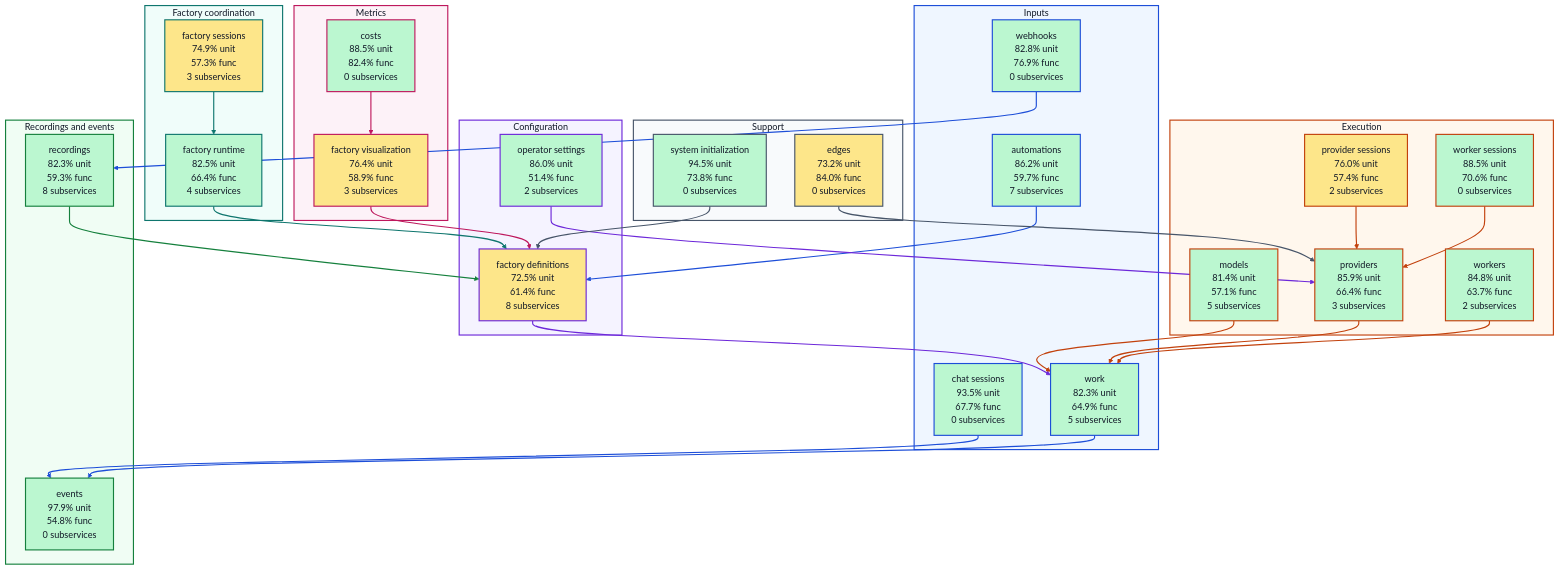
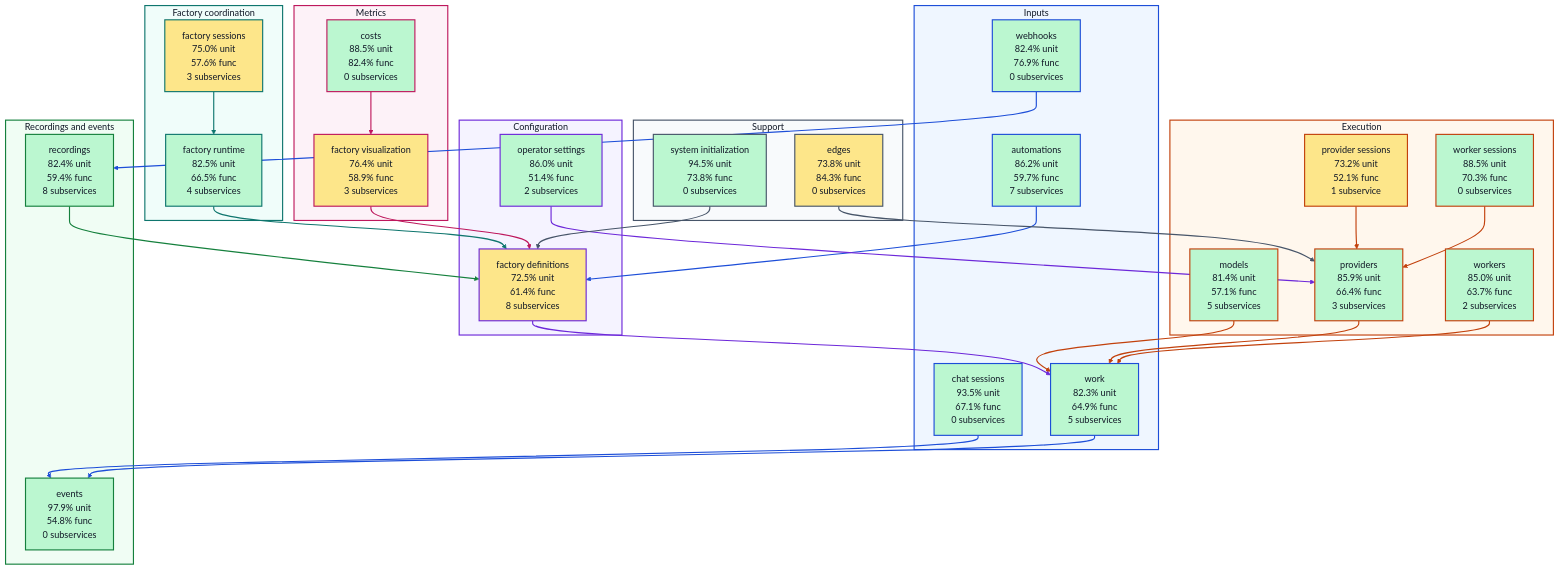
The diagram in docs/architecture/visualizations/high-level-test-coverage.md (portpowered/you-agent-factory), drawn with Mermaid before and after one commit. The commit also changed other lines of this file and 20 other files, not shown here.

Commit message:
docs: refresh backend architecture visualizations

```diff
--- a/docs/architecture/visualizations/high-level-test-coverage.md
+++ b/docs/architecture/visualizations/high-level-test-coverage.md
@@ -12,8 +12,8 @@
 flowchart TB
   subgraph input["Inputs"]
     s_services_automations["automations<br/>86.2% unit<br/>59.7% func<br/>7 subservices"]
-    s_services_chat_sessions["chat sessions<br/>93.5% unit<br/>67.7% func<br/>0 subservices"]
-    s_services_webhooks["webhooks<br/>82.8% unit<br/>76.9% func<br/>0 subservices"]
+    s_services_chat_sessions["chat sessions<br/>93.5% unit<br/>67.1% func<br/>0 subservices"]
+    s_services_webhooks["webhooks<br/>82.4% unit<br/>76.9% func<br/>0 subservices"]
     s_services_work["work<br/>82.3% unit<br/>64.9% func<br/>5 subservices"]
   end
   subgraph configuration["Configuration"]
@@ -21,26 +21,26 @@
     s_services_operator_settings["operator settings<br/>86.0% unit<br/>51.4% func<br/>2 subservices"]
   end
   subgraph coordination["Factory coordination"]
-    s_services_factory_runtime["factory runtime<br/>82.5% unit<br/>66.4% func<br/>4 subservices"]
-    s_services_factory_sessions["factory sessions<br/>74.9% unit<br/>57.3% func<br/>3 subservices"]
+    s_services_factory_runtime["factory runtime<br/>82.5% unit<br/>66.5% func<br/>4 subservices"]
+    s_services_factory_sessions["factory sessions<br/>75.0% unit<br/>57.6% func<br/>3 subservices"]
   end
   subgraph execution["Execution"]
     s_services_models["models<br/>81.4% unit<br/>57.1% func<br/>5 subservices"]
-    s_services_provider_sessions["provider sessions<br/>76.0% unit<br/>57.4% func<br/>2 subservices"]
+    s_services_provider_sessions["provider sessions<br/>73.2% unit<br/>52.1% func<br/>1 subservice"]
     s_services_providers["providers<br/>85.9% unit<br/>66.4% func<br/>3 subservices"]
-    s_services_worker_sessions["worker sessions<br/>88.5% unit<br/>70.6% func<br/>0 subservices"]
-    s_services_workers["workers<br/>84.8% unit<br/>63.7% func<br/>2 subservices"]
+    s_services_worker_sessions["worker sessions<br/>88.5% unit<br/>70.3% func<br/>0 subservices"]
+    s_services_workers["workers<br/>85.0% unit<br/>63.7% func<br/>2 subservices"]
   end
   subgraph recordings["Recordings and events"]
     s_services_events["events<br/>97.9% unit<br/>54.8% func<br/>0 subservices"]
-    s_services_recordings["recordings<br/>82.3% unit<br/>59.3% func<br/>8 subservices"]
+    s_services_recordings["recordings<br/>82.4% unit<br/>59.4% func<br/>8 subservices"]
   end
   subgraph metrics["Metrics"]
     s_services_costs["costs<br/>88.5% unit<br/>82.4% func<br/>0 subservices"]
     s_services_factory_visualization["factory visualization<br/>76.4% unit<br/>58.9% func<br/>3 subservices"]
   end
   subgraph support["Support"]
-    s_services_edges["edges<br/>73.2% unit<br/>84.0% func<br/>0 subservices"]
+    s_services_edges["edges<br/>73.8% unit<br/>84.3% func<br/>0 subservices"]
     s_services_system_initialization["system initialization<br/>94.5% unit<br/>73.8% func<br/>0 subservices"]
   end
   s_services_automations --> s_services_factory_definitions
```
